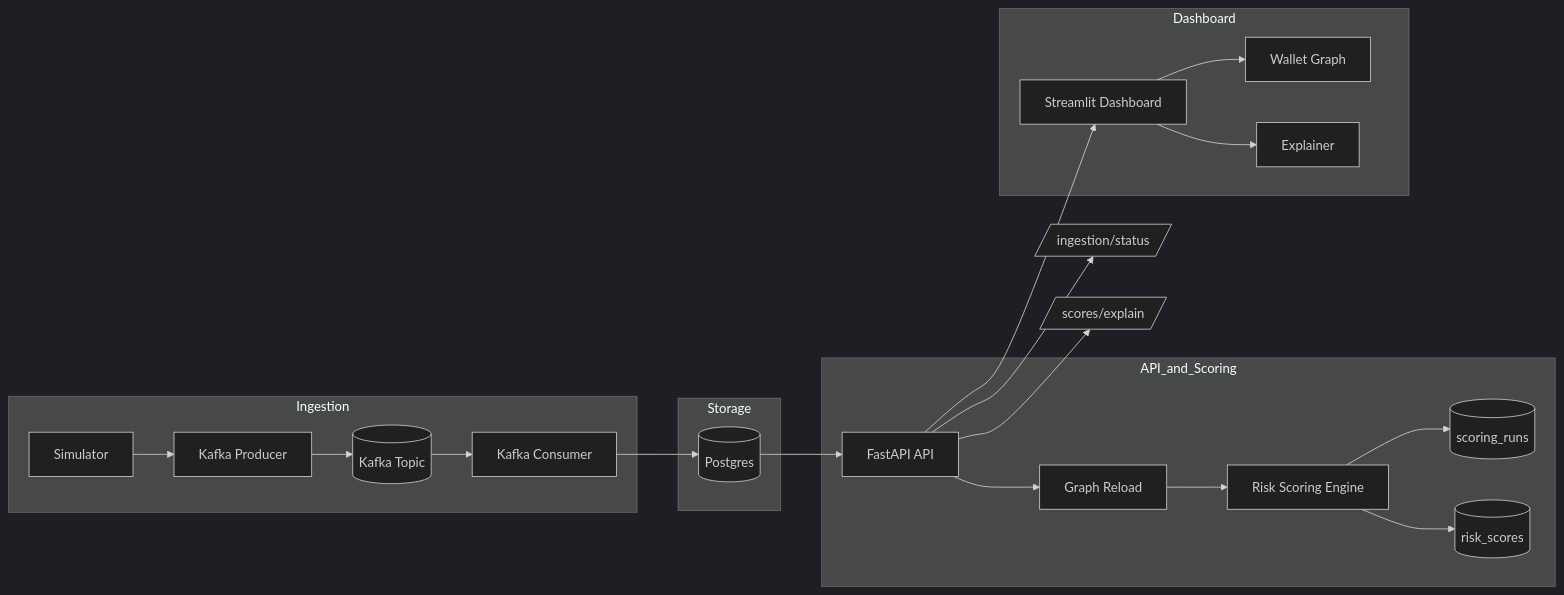
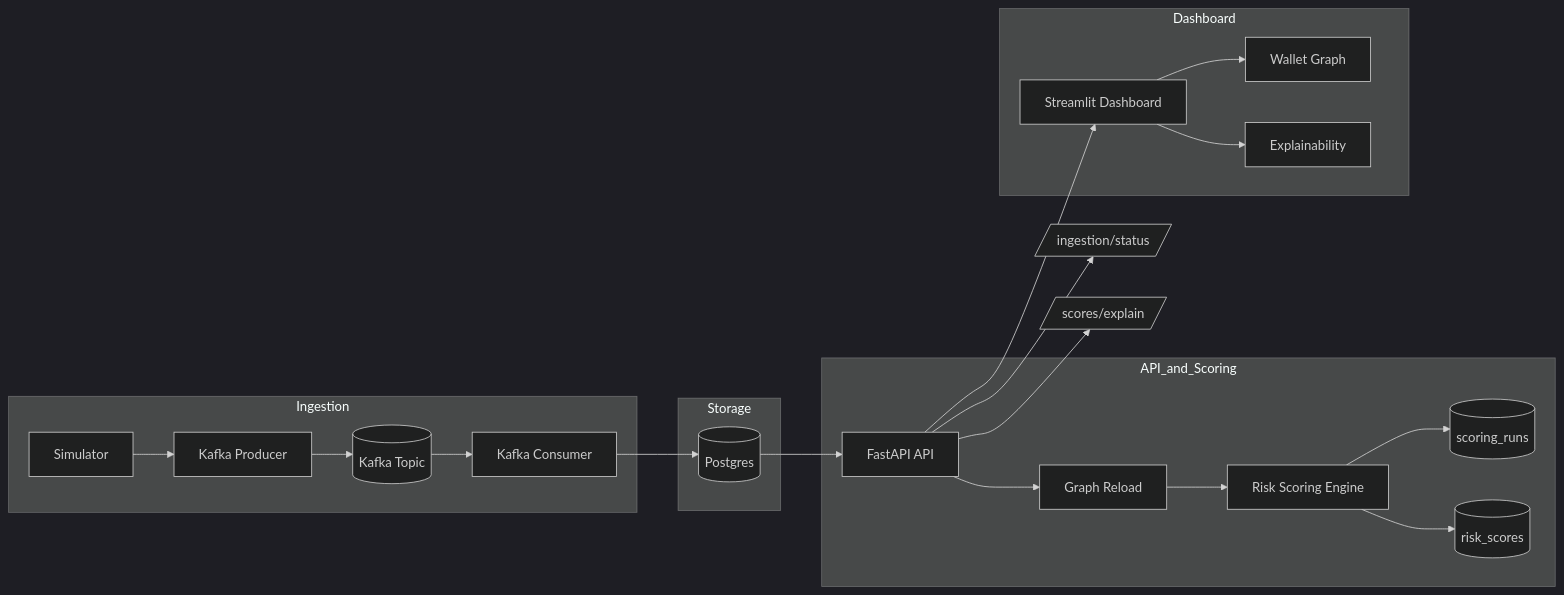
The diagram in README.md (siddhantbhavsar/crypto-risk-platform), drawn with Mermaid (dark theme) before and after one commit. The commit also changed other lines of this file and 18 other files, not shown here.

````diff
--- a/README.md
+++ b/README.md
@@ -29,41 +7,38 @@
 ```mermaid
 flowchart LR
+  subgraph Ingestion
+    SIM[Simulator]
+    PROD[Kafka Producer]
+    K[(Kafka Topic)]
+    CONS[Kafka Consumer]
+  end
 
-subgraph Ingestion
-  SIM[Simulator]
-  PROD[Kafka Producer]
-  K[(Kafka Topic)]
-  CONS[Kafka Consumer]
-end
+  subgraph Storage
+    DB[(Postgres)]
+  end
 
-subgraph Storage
-  DB[(Postgres)]
-end
+  subgraph API_and_Scoring
+    API[FastAPI API]
+    GRAPH[Graph Reload]
+    SCORE[Risk Scoring Engine]
+    RUNS[(scoring_runs)]
+    SCORES[(risk_scores)]
+  end
 
-subgraph API_and_Scoring
-  API[FastAPI API]
-  GRAPH[Graph Reload]
-  SCORE[Risk Scoring Engine]
-  RUNS[(scoring_runs)]
-  SCORES[(risk_scores)]
-end
+  subgraph Dashboard
+    STREAM[Streamlit Dashboard]
+    GRAPH_VIZ[Wallet Graph]
+    EXPLAIN[Explainability]
+  end
 
-subgraph Dashboard
-  STREAM[Streamlit Dashboard]
-  GRAPH_VIZ[Wallet Graph]
-  EXPLAIN[Explainer]
-end
-
-SIM --> PROD --> K --> CONS --> DB
-DB --> API
-API --> GRAPH --> SCORE
-SCORE --> RUNS
-SCORE --> SCORES
-
-API --> STREAM
-STREAM --> GRAPH_VIZ
-STREAM --> EXPLAIN
-
-API --> STATUS[/ingestion/status/]
-API --> EXPLAIN_API[/scores/explain/]
+  SIM --> PROD --> K --> CONS --> DB
+  DB --> API
+  API --> GRAPH --> SCORE
+  SCORE --> RUNS
+  SCORE --> SCORES
+  API --> STREAM
+  STREAM --> GRAPH_VIZ
+  STREAM --> EXPLAIN
+  API --> STATUS[/ingestion/status/]
+  API --> EXPLAIN_API[/scores/explain/]
 ```
````
